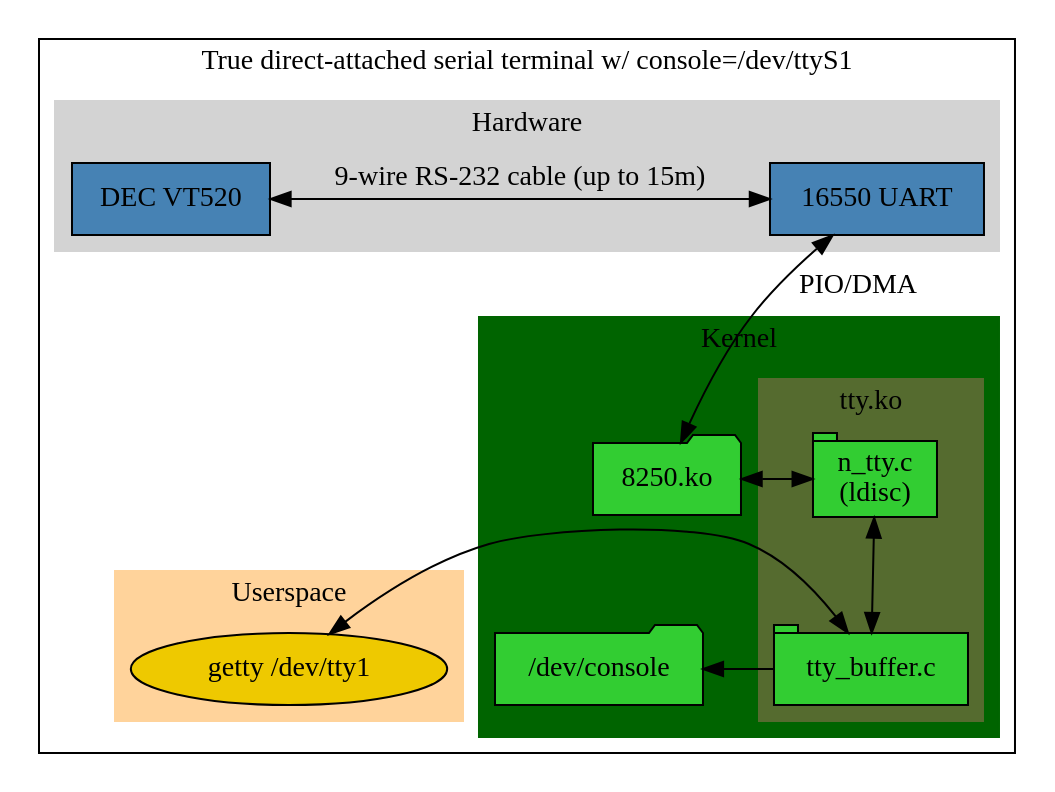
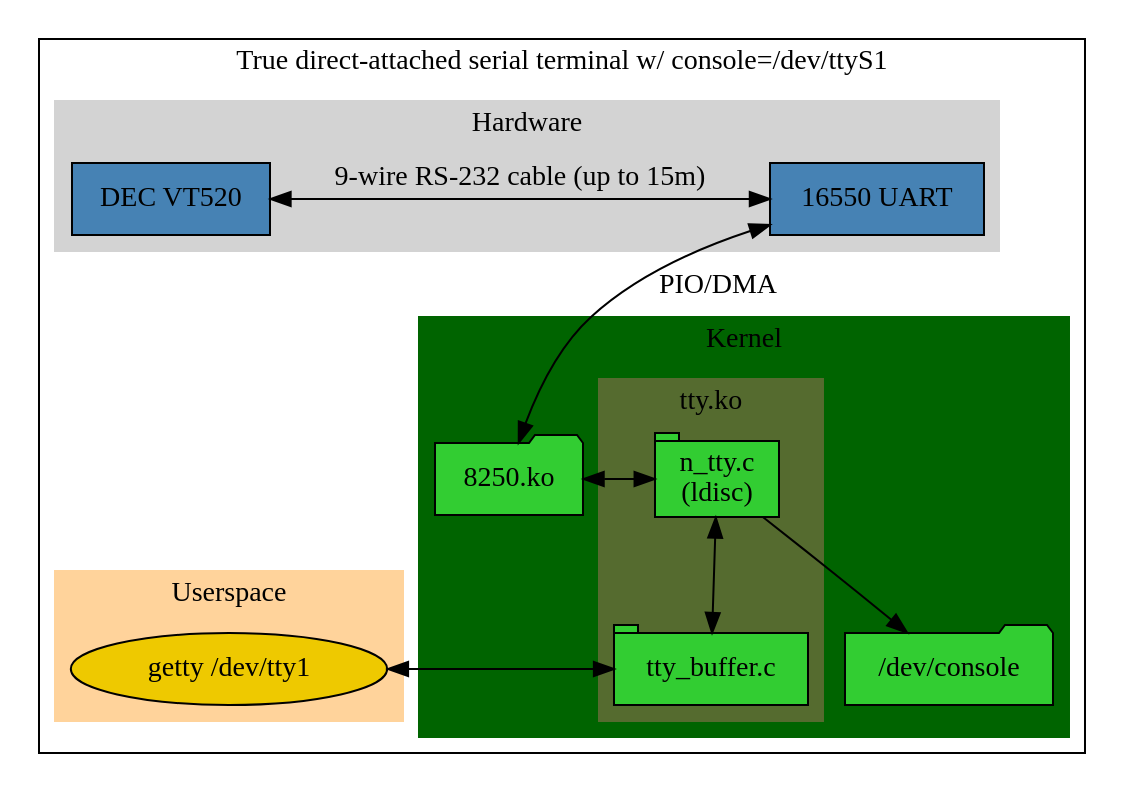
The diagram in 004-notcurses/tty-serial.dot (dirty-south-supercomputing/technicalreports), drawn with Graphviz before and after one commit. The commit also changed 3 other files, not shown here.

Commit message:
vesa fb diagram

```diff
--- a/004-notcurses/tty-serial.dot
+++ b/004-notcurses/tty-serial.dot
@@ -1,44 +1,44 @@
 digraph G {
   newrank=true;
   subgraph cluster_Serialconsole {
     label="True direct-attached serial terminal w/ console=/dev/ttyS1";
     subgraph cluster_hardware {
       label="Hardware";
       color=lightgrey;
       style=filled;
       Terminal->UART [ dir="both" label="9-wire RS-232 cable (up to 15m)" ]
       Terminal [ shape=box style=filled fillcolor=steelblue label="DEC VT520" ]
       UART [ shape=box style=filled fillcolor=steelblue label="16550 UART" ]
       { rank=same; Terminal UART } 
     }
     subgraph cluster_kernel {
       label="Kernel";
       color=darkgreen;
       style=filled;
       subgraph cluster_tty {
         ldisc [ shape=tab style=filled fillcolor=limegreen label="n_tty.c\n(ldisc)" ]
         ttyio [ shape=tab style=filled fillcolor=limegreen label="tty_buffer.c" ]
         label="tty.ko";
         color=darkolivegreen;
         style=filled;
         shape=folder;
         ldisc->ttyio [dir="both"];  
       }
       Serial [ shape=folder style=filled fillcolor=limegreen label="8250.ko" ] 
       Serial->ldisc [dir="both"];
       console [shape=folder style=filled fillcolor=limegreen label="/dev/console" ]
-      ttyio->console
+      ldisc->console
       { rank=same; ldisc Serial }
       { rank=same; ttyio console }
     }
     UART->Serial [dir="both" label="PIO/DMA" ]
     subgraph cluster_userspace {
       getty [ shape=ellipse style=filled fillcolor=gold2 label="getty /dev/tty1" ]
       label="Userspace";
       color=burlywood1;
       style=filled;
     }
     ttyio->getty [ dir="both" ]
   }
   {rank=same; getty ttyio console}
 }
```
